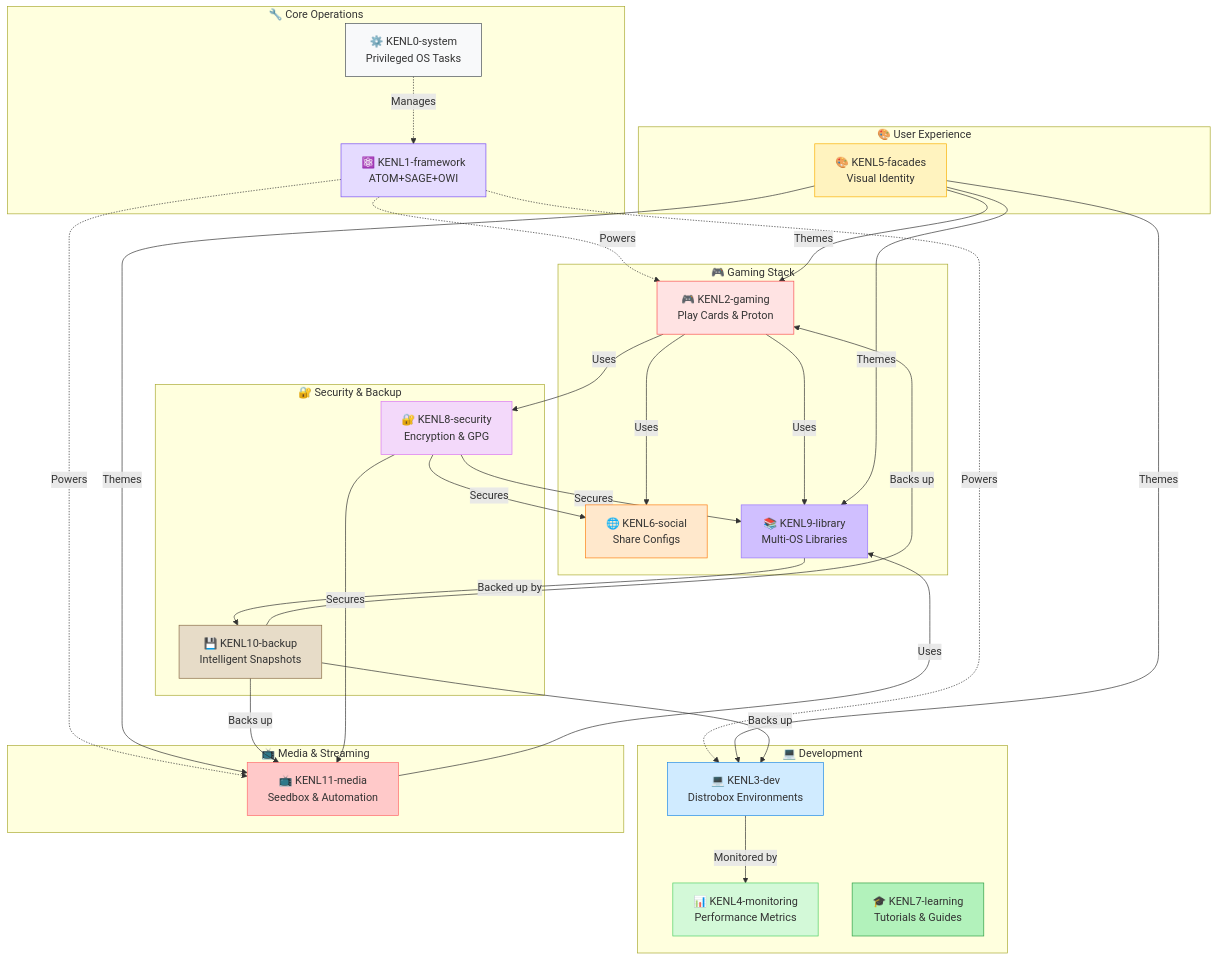
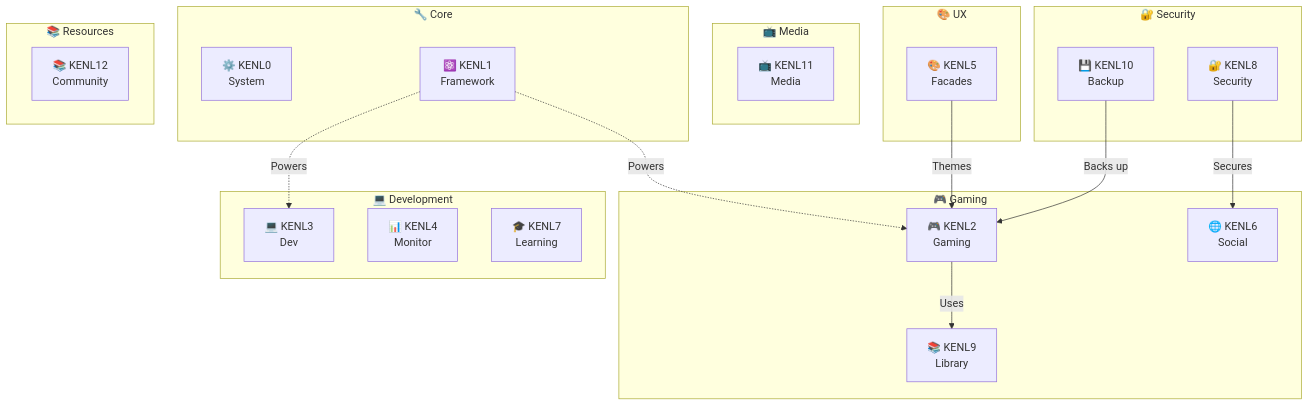
The diagram in README.md (toolate28/kenl), drawn with Mermaid before and after one commit. The commit also changed other lines of this file, not shown here.

First line of the commit message:
refactor: streamline main README, add system resource benefits

````diff
--- a/README.md
+++ b/README.md
@@ -50,66 +118,43 @@
 ```mermaid
 graph TB
-    subgraph Core["🔧 Core Operations"]
-        KENL0[⚙️ KENL0-system<br/>Privileged OS Tasks]
-        KENL1[⚛️ KENL1-framework<br/>ATOM+SAGE+OWI]
+    subgraph Core["🔧 Core"]
+        KENL0[⚙️ KENL0<br/>System]
+        KENL1[⚛️ KENL1<br/>Framework]
     end
 
-    subgraph Gaming["🎮 Gaming Stack"]
-        KENL2[🎮 KENL2-gaming<br/>Play Cards & Proton]
-        KENL6[🌐 KENL6-social<br/>Share Configs]
-        KENL9[📚 KENL9-library<br/>Multi-OS Libraries]
+    subgraph Gaming["🎮 Gaming"]
+        KENL2[🎮 KENL2<br/>Gaming]
+        KENL6[🌐 KENL6<br/>Social]
+        KENL9[📚 KENL9<br/>Library]
     end
 
-    subgraph Development["💻 Development"]
-        KENL3[💻 KENL3-dev<br/>Distrobox Environments]
-        KENL4[📊 KENL4-monitoring<br/>Performance Metrics]
-        KENL7[🎓 KENL7-learning<br/>Tutorials & Guides]
+    subgraph Dev["💻 Development"]
+        KENL3[💻 KENL3<br/>Dev]
+        KENL4[📊 KENL4<br/>Monitor]
+        KENL7[🎓 KENL7<br/>Learning]
     end
 
-    subgraph Media["📺 Media & Streaming"]
-        KENL11[📺 KENL11-media<br/>Seedbox & Automation]
+    subgraph Security["🔐 Security"]
+        KENL8[🔐 KENL8<br/>Security]
+        KENL10[💾 KENL10<br/>Backup]
     end
 
-    subgraph UX["🎨 User Experience"]
-        KENL5[🎨 KENL5-facades<br/>Visual Identity]
+    subgraph Media["📺 Media"]
+        KENL11[📺 KENL11<br/>Media]
     end
 
-    subgraph Security["🔐 Security & Backup"]
-        KENL8[🔐 KENL8-security<br/>Encryption & GPG]
-        KENL10[💾 KENL10-backup<br/>Intelligent Snapshots]
+    subgraph UX["🎨 UX"]
+        KENL5[🎨 KENL5<br/>Facades]
     end
 
-    KENL0 -.->|Manages| KENL1
+    subgraph Resources["📚 Resources"]
+        KENL12[📚 KENL12<br/>Community]
+    end
+
     KENL1 -.->|Powers| KENL2
     KENL1 -.->|Powers| KENL3
-    KENL1 -.->|Powers| KENL11
     KENL2 -->|Uses| KENL9
-    KENL2 -->|Uses| KENL8
-    KENL2 -->|Uses| KENL6
-    KENL3 -->|Monitored by| KENL4
     KENL5 -->|Themes| KENL2
-    KENL5 -->|Themes| KENL3
-    KENL5 -->|Themes| KENL9
-    KENL5 -->|Themes| KENL11
-    KENL9 -->|Backed up by| KENL10
+    KENL8 -->|Secures| KENL6
     KENL10 -->|Backs up| KENL2
-    KENL10 -->|Backs up| KENL3
-    KENL10 -->|Backs up| KENL11
-    KENL8 -->|Secures| KENL6
-    KENL8 -->|Secures| KENL9
-    KENL8 -->|Secures| KENL11
-    KENL11 -->|Uses| KENL9
-
-    style KENL0 fill:#f8f9fa,stroke:#495057
-    style KENL1 fill:#e5dbff,stroke:#7950f2
-    style KENL2 fill:#ffe3e3,stroke:#fa5252
-    style KENL3 fill:#d0ebff,stroke:#228be6
-    style KENL4 fill:#d3f9d8,stroke:#51cf66
-    style KENL5 fill:#fff3bf,stroke:#fab005
-    style KENL6 fill:#ffe8cc,stroke:#fd7e14
-    style KENL7 fill:#b2f2bb,stroke:#2f9e44
-    style KENL8 fill:#f3d9fa,stroke:#da77f2
-    style KENL9 fill:#d0bfff,stroke:#9775fa
-    style KENL10 fill:#e7dcc8,stroke:#8b6d47
-    style KENL11 fill:#ffc9c9,stroke:#ff6b6b
 ```
````
